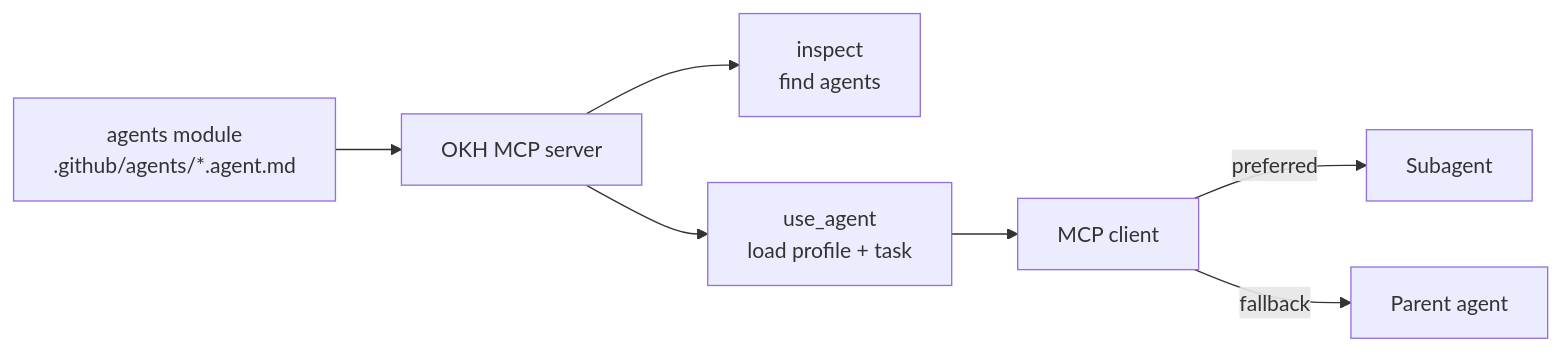
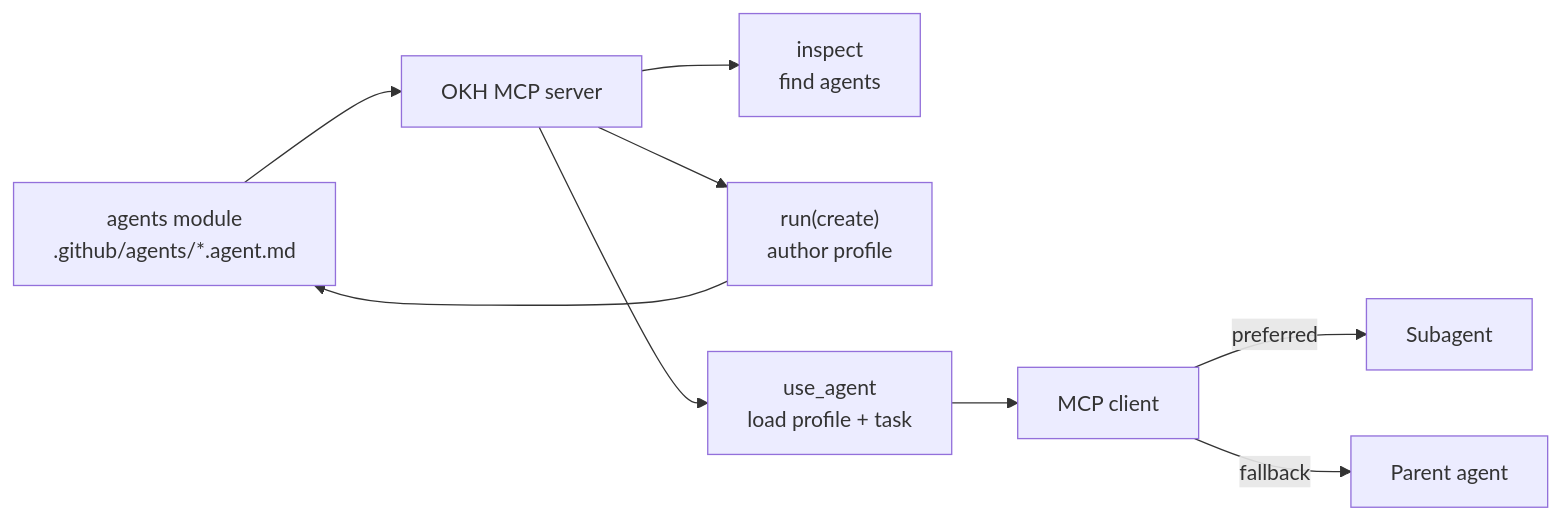
Before and after one commit to dryotta/open-knowledge-hub: the first of 2 diagrams in docs/superpowers/specs/2026-07-16-agents-module-design.md, drawn with Mermaid. The commit also changed other lines of this file and 14 other files, not shown here.

````diff
--- a/docs/superpowers/specs/2026-07-16-agents-module-design.md
+++ b/docs/superpowers/specs/2026-07-16-agents-module-design.md
@@ -16,9 +17,11 @@
 ```mermaid
 flowchart LR
     M["agents module<br/>.github/agents/*.agent.md"] --> H["OKH MCP server"]
     H --> I["inspect<br/>find agents"]
+    H --> A["run(create)<br/>author profile"]
+    A --> M
     H --> U["use_agent<br/>load profile + task"]
     U --> C["MCP client"]
     C -->|preferred| S["Subagent"]
     C -->|fallback| P["Parent agent"]
 ```
````
